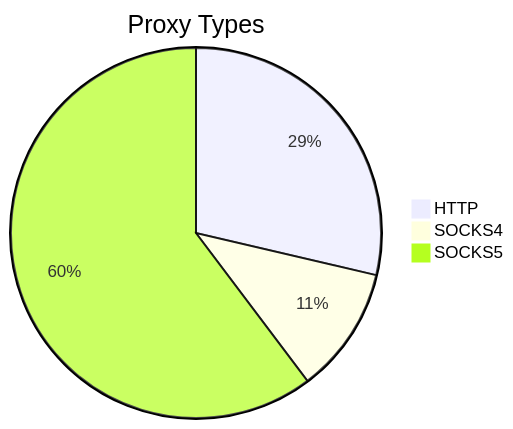
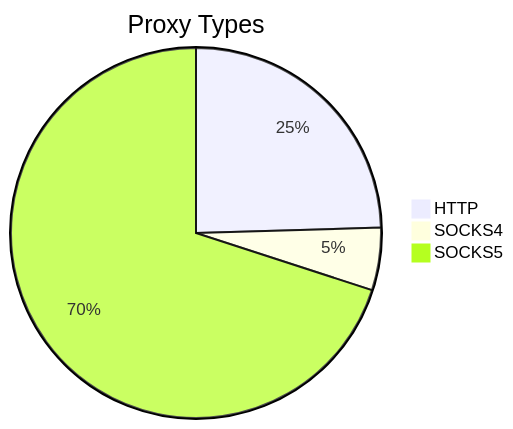
The first of 2 diagrams in README.md (stormsia/proxy-list), drawn with Mermaid before and after one commit. The commit also changed other lines of this file, not shown here.

````diff
--- a/README.md
+++ b/README.md
@@ -21,6 +21,6 @@
 ```mermaid
 pie title Proxy Types
-    "HTTP" : 145
-    "SOCKS4" : 56
-    "SOCKS5" : 305
+    "HTTP" : 130
+    "SOCKS4" : 29
+    "SOCKS5" : 371
 ```
````
